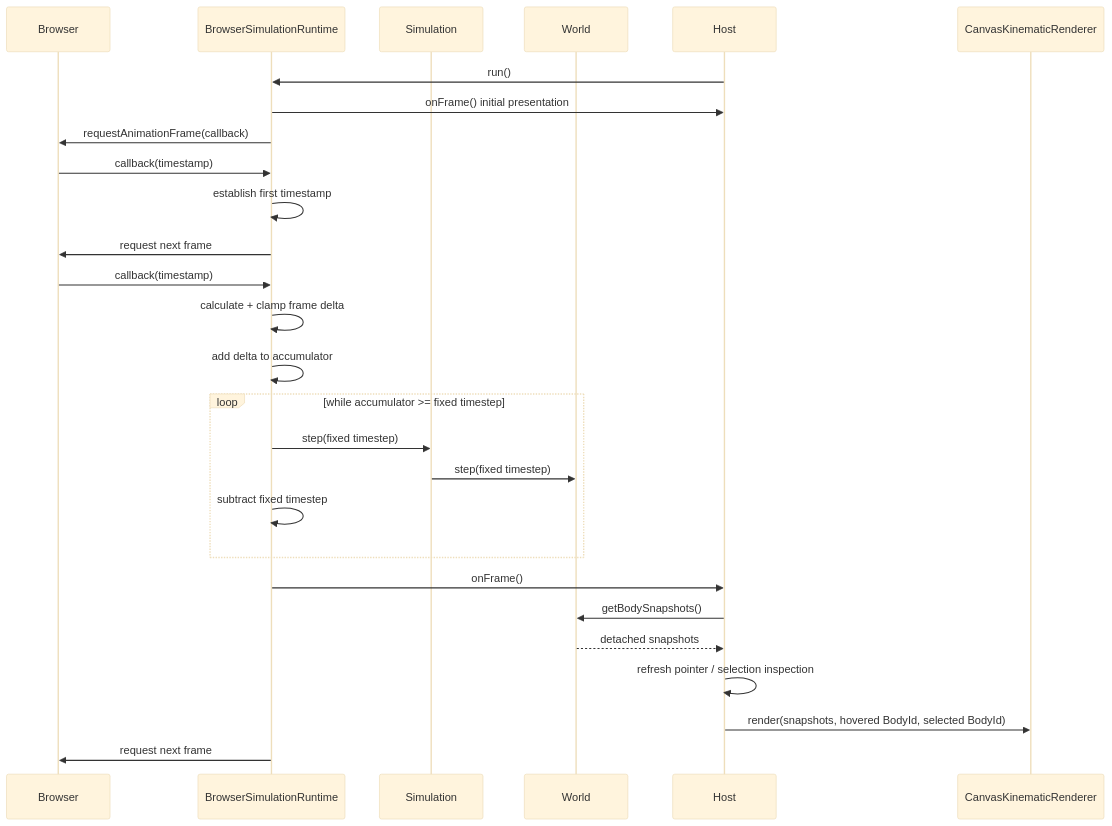
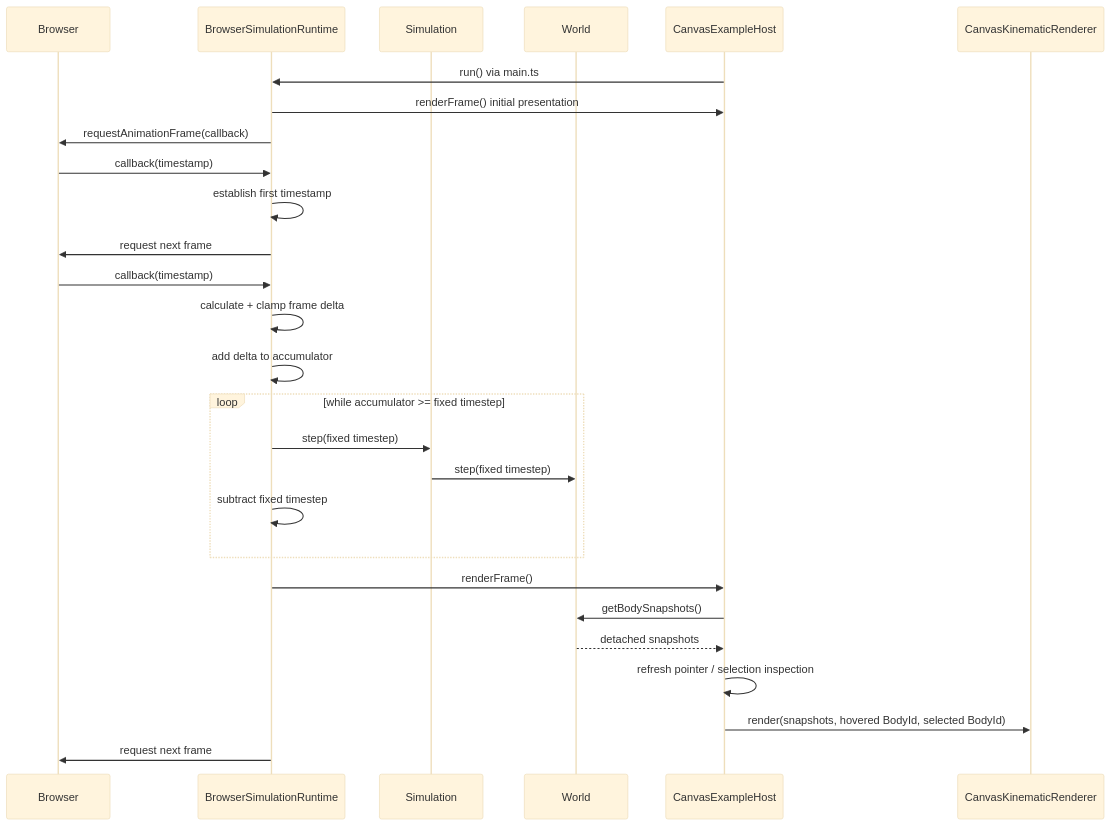
Diagram 12 of 22 in docs/architecture/README.md (fa-ribeiro/vLab2D), drawn with Mermaid (base theme) before and after one commit. The commit also changed other lines of this file and 11 other files, not shown here.

````diff
--- a/docs/architecture/README.md
+++ b/docs/architecture/README.md
@@ -654,34 +664,34 @@
 ```mermaid
 sequenceDiagram
     participant Browser
     participant Runtime as BrowserSimulationRuntime
     participant Simulation
     participant World
-    participant Host
+    participant Host as CanvasExampleHost
     participant Renderer as CanvasKinematicRenderer
 
-    Host->>Runtime: run()
-    Runtime->>Host: onFrame() initial presentation
+    Host->>Runtime: run() via main.ts
+    Runtime->>Host: renderFrame() initial presentation
     Runtime->>Browser: requestAnimationFrame(callback)
 
     Browser->>Runtime: callback(timestamp)
     Runtime->>Runtime: establish first timestamp
     Runtime->>Browser: request next frame
 
     Browser->>Runtime: callback(timestamp)
     Runtime->>Runtime: calculate + clamp frame delta
     Runtime->>Runtime: add delta to accumulator
 
     loop while accumulator >= fixed timestep
         Runtime->>Simulation: step(fixed timestep)
         Simulation->>World: step(fixed timestep)
         Runtime->>Runtime: subtract fixed timestep
     end
 
-    Runtime->>Host: onFrame()
+    Runtime->>Host: renderFrame()
     Host->>World: getBodySnapshots()
     World-->>Host: detached snapshots
     Host->>Host: refresh pointer / selection inspection
     Host->>Renderer: render(snapshots, hovered BodyId, selected BodyId)
     Runtime->>Browser: request next frame
 ```
````
